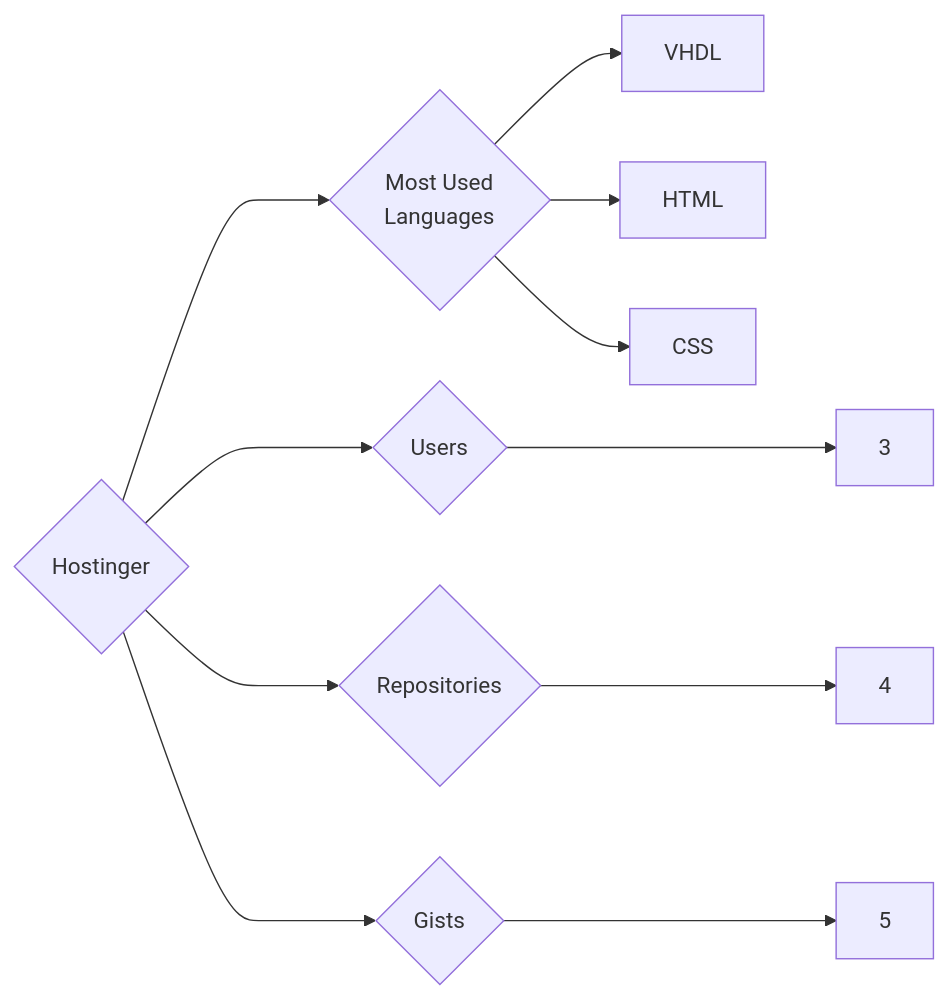
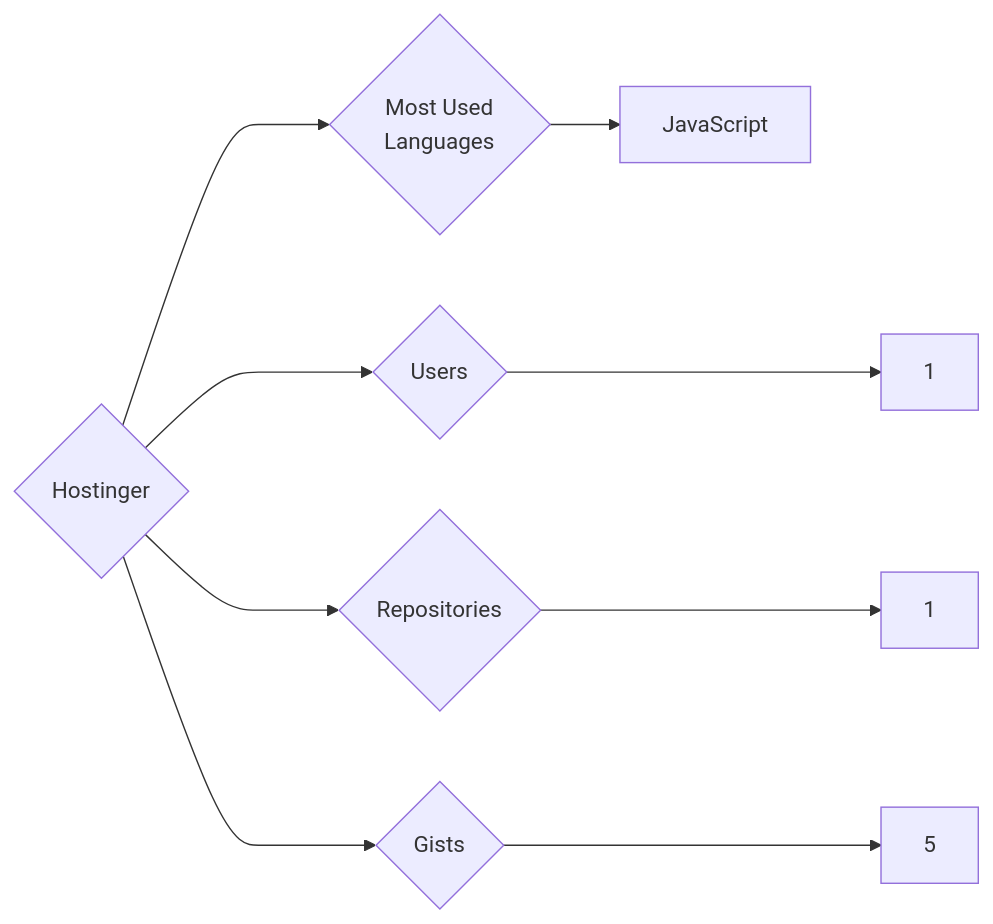
Before and after one commit to trickest/insiders: the diagram in targets/Hostinger/README.md, drawn with Mermaid. The commit also changed 1149 other files, not shown here.

````diff
--- a/targets/Hostinger/README.md
+++ b/targets/Hostinger/README.md
@@ -3,11 +3,9 @@
 ```mermaid
 graph LR
 COMPANY_NAME{Hostinger}
-COMPANY_NAME ---> U{Users} ---> UN[3]
-COMPANY_NAME ---> R{Repositories} ---> RN[4]
+COMPANY_NAME ---> U{Users} ---> UN[1]
+COMPANY_NAME ---> R{Repositories} ---> RN[1]
 COMPANY_NAME ---> G{Gists} ---> GN[5]
 COMPANY_NAME ---> ML{Most Used<br>Languages}
-ML --> VHDL[VHDL]
-ML --> HTML[HTML]
-ML --> CSS[CSS]
+ML --> JavaScript[JavaScript]
 ```
````
